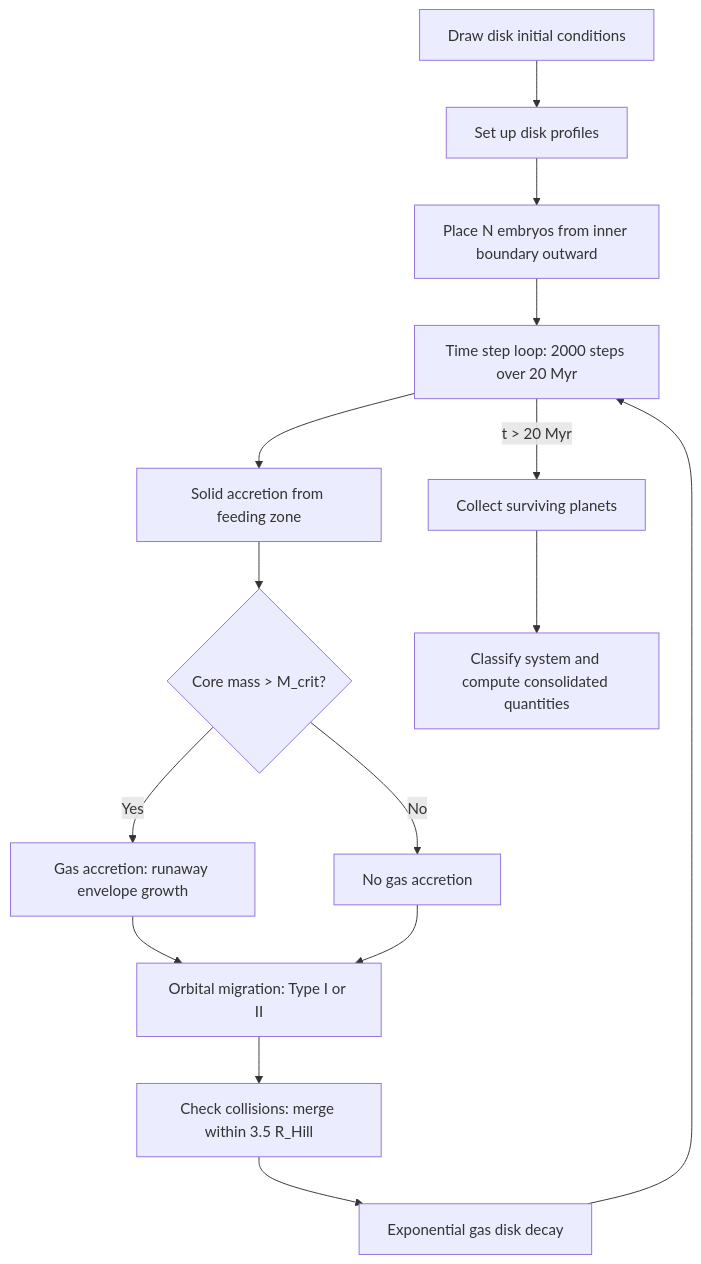
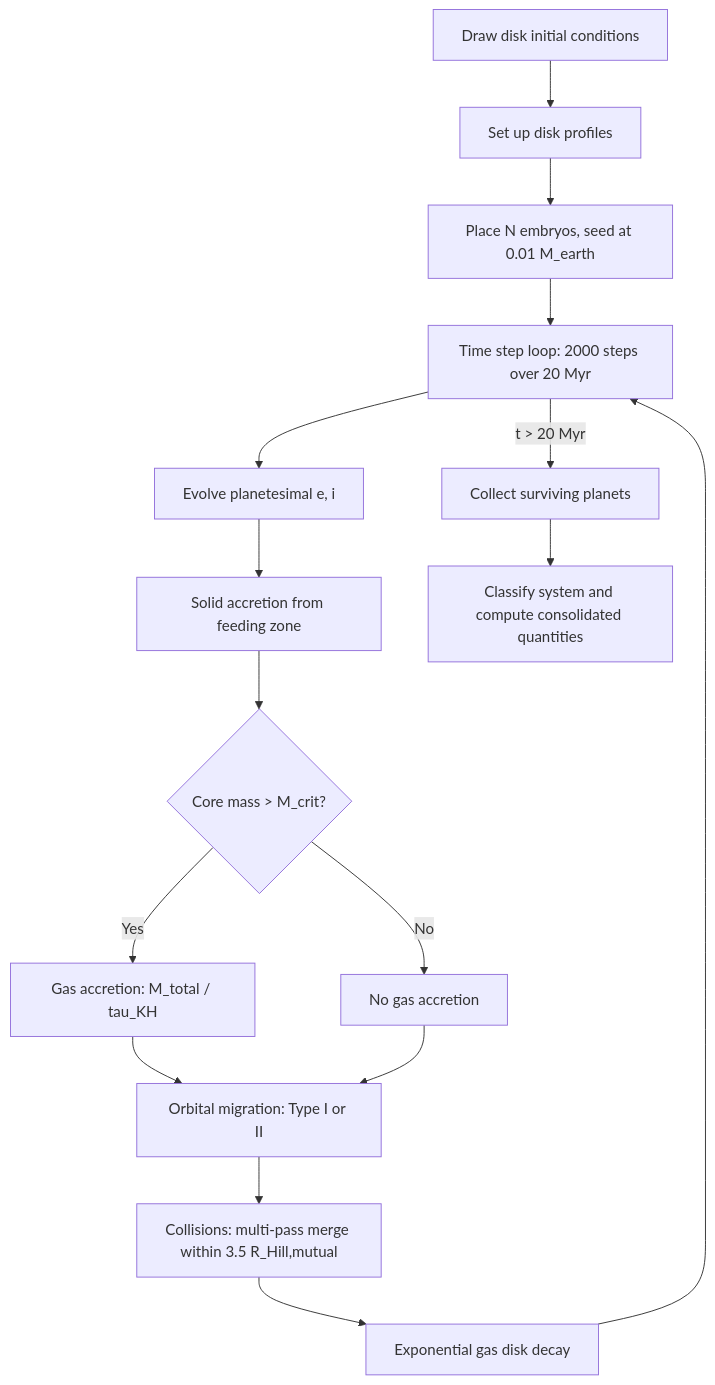
Before and after one commit to caverac/topological-archeology: the diagram in packages/docs/docs/simulations/algorithm.md, drawn with Mermaid. The commit also changed other lines of this file and 5 other files, not shown here.

````diff
--- a/packages/docs/docs/simulations/algorithm.md
+++ b/packages/docs/docs/simulations/algorithm.md
@@ -52,17 +76,18 @@
 ```mermaid
 flowchart TD
     A[Draw disk initial conditions] --> B[Set up disk profiles]
-    B --> C[Place N embryos from inner boundary outward]
+    B --> C[Place N embryos, seed at 0.01 M_earth]
     C --> D[Time step loop: 2000 steps over 20 Myr]
-    D --> E[Solid accretion from feeding zone]
-    E --> F{Core mass > M_crit?}
-    F -->|Yes| G[Gas accretion: runaway envelope growth]
+    D --> E1[Evolve planetesimal e, i]
+    E1 --> E2[Solid accretion from feeding zone]
+    E2 --> F{Core mass > M_crit?}
+    F -->|Yes| G[Gas accretion: M_total / tau_KH]
     F -->|No| H[No gas accretion]
     G --> I[Orbital migration: Type I or II]
     H --> I
-    I --> J[Check collisions: merge within 3.5 R_Hill]
+    I --> J[Collisions: multi-pass merge within 3.5 R_Hill,mutual]
     J --> K[Exponential gas disk decay]
     K --> D
     D -->|t > 20 Myr| L[Collect surviving planets]
     L --> M[Classify system and compute consolidated quantities]
 ```
````
